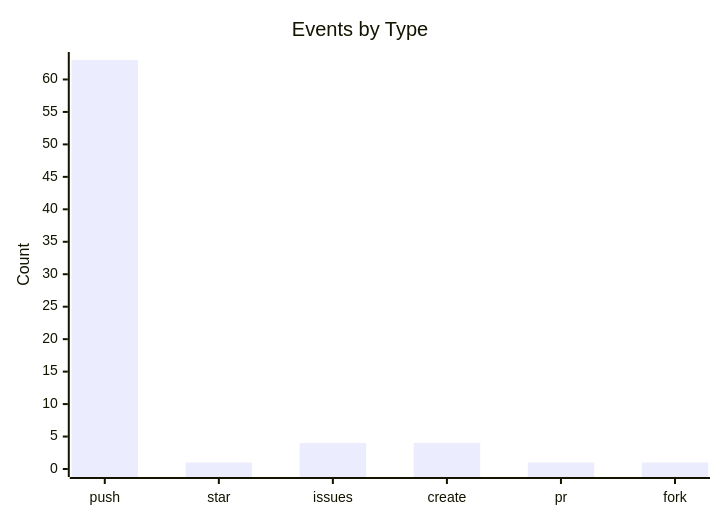
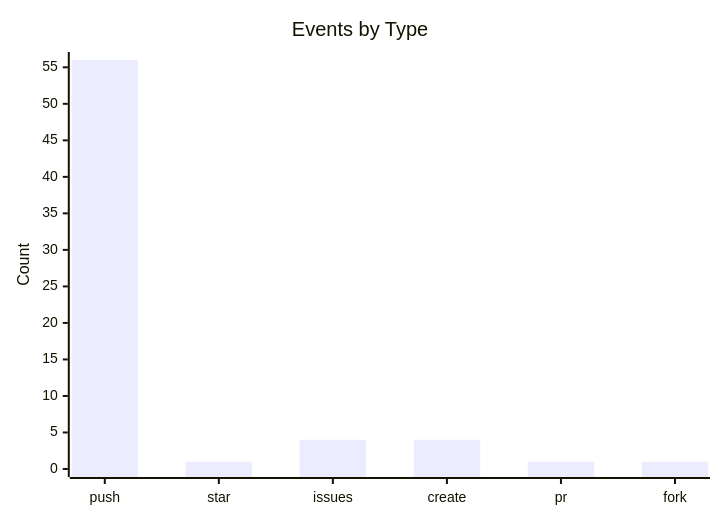
Before and after one commit to lunarshe11/lunarshe11: the third of 3 diagrams in README.md, drawn with Mermaid. The commit also changed other lines of this file, not shown here.

````diff
--- a/README.md
+++ b/README.md
@@ -39,7 +39,7 @@
 ```mermaid
 xychart-beta
     title "Events by Type"
     x-axis ["push", "star", "issues", "create", "pr", "fork"]
-    y-axis "Count" 0 --> 63
-    bar [63, 1, 4, 4, 1, 1]
+    y-axis "Count" 0 --> 56
+    bar [56, 1, 4, 4, 1, 1]
 ```
````
